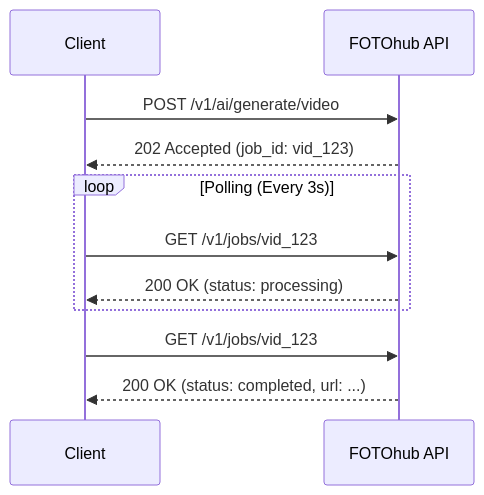
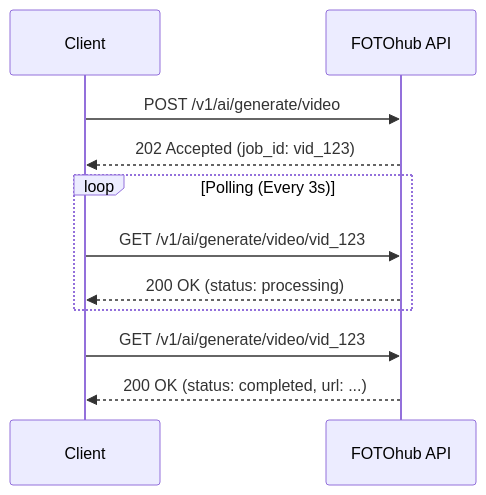
The diagram in api/getting-started.md (fotohubapp/docs), drawn with Mermaid before and after one commit. The commit also changed other lines of this file and 91 other files, not shown here.

````diff
--- a/api/getting-started.md
+++ b/api/getting-started.md
@@ -626,11 +642,11 @@
 ```mermaid
 sequenceDiagram
     Client->>FOTOhub API: POST /v1/ai/generate/video
     FOTOhub API-->>Client: 202 Accepted (job_id: vid_123)
     loop Polling (Every 3s)
-        Client->>FOTOhub API: GET /v1/jobs/vid_123
+        Client->>FOTOhub API: GET /v1/ai/generate/video/vid_123
         FOTOhub API-->>Client: 200 OK (status: processing)
     end
-    Client->>FOTOhub API: GET /v1/jobs/vid_123
+    Client->>FOTOhub API: GET /v1/ai/generate/video/vid_123
     FOTOhub API-->>Client: 200 OK (status: completed, url: ...)
 ```
````
